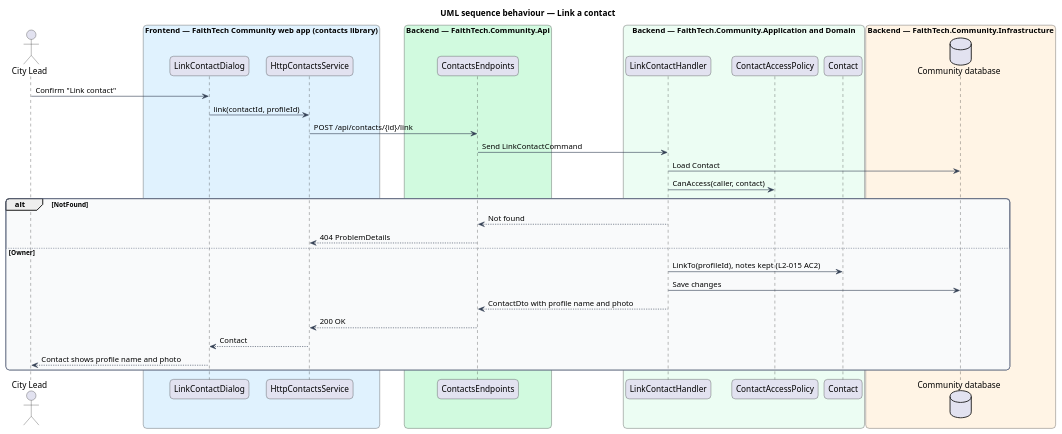
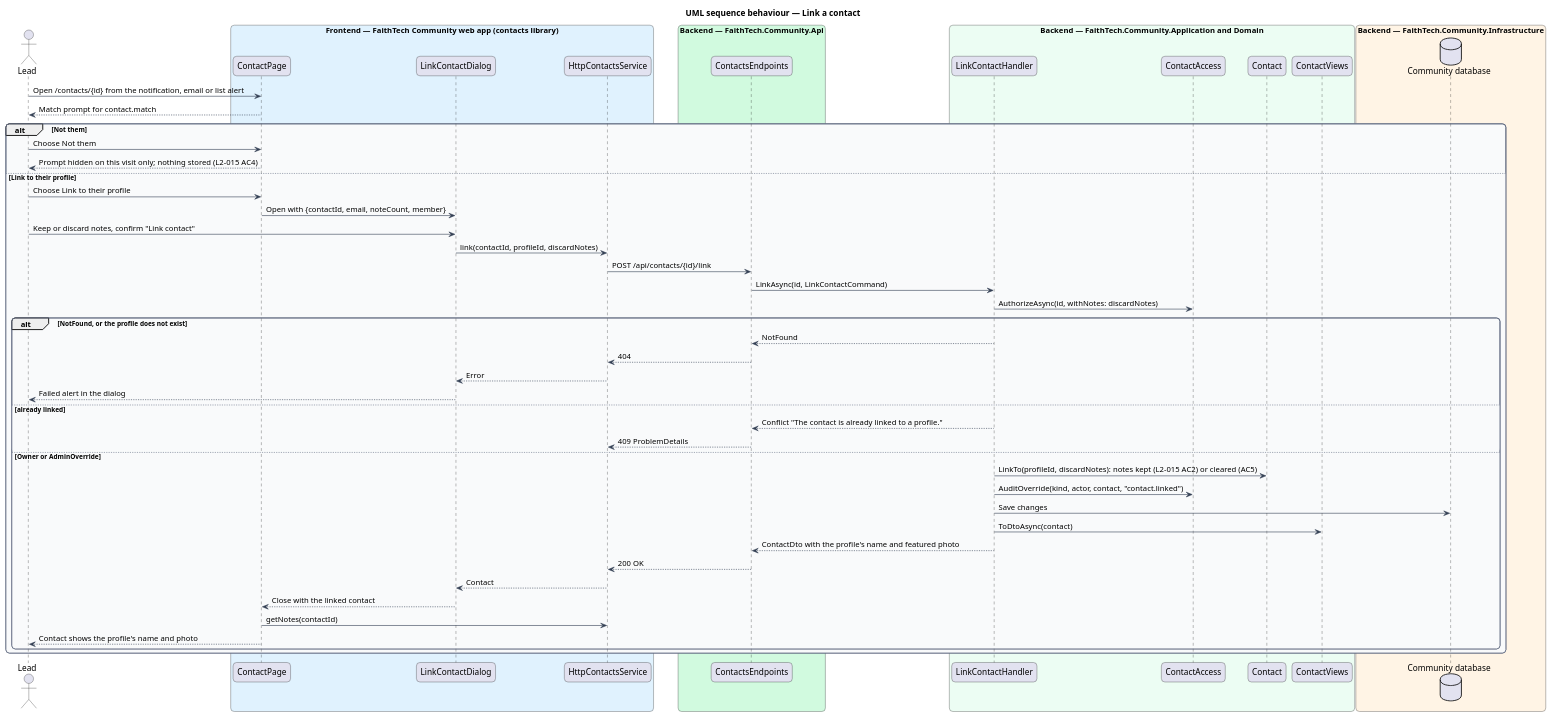
The diagram in docs/detailed-designs/contacts/link-contact-on-sign-up/diagrams/sequence-link-contact.puml (QuinntyneBrown/faithtech-community), drawn with PlantUML before and after one commit. The commit also changed 79 other files, not shown here.

First line of the commit message:
Align the contacts and partners designs and diagrams with the built code

```diff
--- a/docs/detailed-designs/contacts/link-contact-on-sign-up/diagrams/sequence-link-contact.puml
+++ b/docs/detailed-designs/contacts/link-contact-on-sign-up/diagrams/sequence-link-contact.puml
@@ -1,50 +1,69 @@
 @startuml
 title UML sequence behaviour — Link a contact
 skinparam backgroundColor #FFFFFF
 skinparam shadowing false
 skinparam roundcorner 12
 skinparam defaultFontName Arial
 skinparam ArrowColor #344054
 skinparam rectangle {
   BorderColor #344054
   FontColor #101828
 }
 skinparam package {
   BorderColor #667085
   FontColor #101828
   BackgroundColor #F9FAFB
 }
-actor "City Lead" as actor
+actor "Lead" as actor
 box "Frontend — FaithTech Community web app (contacts library)" #E0F2FE
+  participant "ContactPage" as page
   participant "LinkContactDialog" as dlg
   participant "HttpContactsService" as svc
 end box
 box "Backend — FaithTech.Community.Api" #D1FADF
   participant "ContactsEndpoints" as ep
 end box
 box "Backend — FaithTech.Community.Application and Domain" #ECFDF3
   participant "LinkContactHandler" as h
-  participant "ContactAccessPolicy" as pol
+  participant "ContactAccess" as acc
   participant "Contact" as c
+  participant "ContactViews" as views
 end box
 box "Backend — FaithTech.Community.Infrastructure" #FFF4E5
   database "Community database" as db
 end box
-actor -> dlg : Confirm "Link contact"
-dlg -> svc : link(contactId, profileId)
-svc -> ep : POST /api/contacts/{id}/link
-ep -> h : Send LinkContactCommand
-h -> db : Load Contact
-h -> pol : CanAccess(caller, contact)
-alt NotFound
-  h --> ep : Not found
-  ep --> svc : 404 ProblemDetails
-else Owner
-  h -> c : LinkTo(profileId), notes kept (L2-015 AC2)
-  h -> db : Save changes
-  h --> ep : ContactDto with profile name and photo
-  ep --> svc : 200 OK
-  svc --> dlg : Contact
-  dlg --> actor : Contact shows profile name and photo
+actor -> page : Open /contacts/{id} from the notification, email or list alert
+page --> actor : Match prompt for contact.match
+alt Not them
+  actor -> page : Choose Not them
+  page --> actor : Prompt hidden on this visit only; nothing stored (L2-015 AC4)
+else Link to their profile
+  actor -> page : Choose Link to their profile
+  page -> dlg : Open with {contactId, email, noteCount, member}
+  actor -> dlg : Keep or discard notes, confirm "Link contact"
+  dlg -> svc : link(contactId, profileId, discardNotes)
+  svc -> ep : POST /api/contacts/{id}/link
+  ep -> h : LinkAsync(id, LinkContactCommand)
+  h -> acc : AuthorizeAsync(id, withNotes: discardNotes)
+  alt NotFound, or the profile does not exist
+    h --> ep : NotFound
+    ep --> svc : 404
+    svc --> dlg : Error
+    dlg --> actor : Failed alert in the dialog
+  else already linked
+    h --> ep : Conflict "The contact is already linked to a profile."
+    ep --> svc : 409 ProblemDetails
+  else Owner or AdminOverride
+    h -> c : LinkTo(profileId, discardNotes): notes kept (L2-015 AC2) or cleared (AC5)
+    h -> acc : AuditOverride(kind, actor, contact, "contact.linked")
+    h -> db : Save changes
+    h -> views : ToDtoAsync(contact)
+    h --> ep : ContactDto with the profile's name and featured photo
+    ep --> svc : 200 OK
+    svc --> dlg : Contact
+    dlg --> page : Close with the linked contact
+    page -> svc : getNotes(contactId)
+    page --> actor : Contact shows the profile's name and photo
+  end
 end
 @enduml
```
